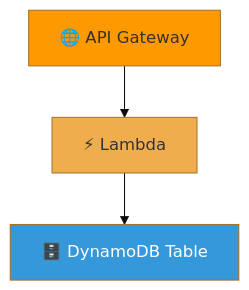
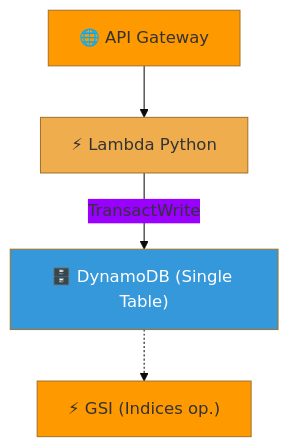
Before and after one commit to vladimiracunadev-create/proyectos-aws: the fourth of 5 diagrams in AWS_CLOUD_JOURNEY.md, drawn with Mermaid. The commit also changed other lines of this file, not shown here.

````diff
--- a/AWS_CLOUD_JOURNEY.md
+++ b/AWS_CLOUD_JOURNEY.md
@@ -95,9 +120,10 @@
 ```mermaid
 %%{init: {'theme': 'base', 'themeVariables': { 'primaryColor': '#FF9900', 'fontsize': '16px' }}}%%
 graph TB
-    APIGW["🌐 API Gateway"] --> Lambda["⚡ Lambda"]
-    Lambda --> DDB["🗄️ DynamoDB Table"]
+    APIGW["🌐 API Gateway"] --> Lambda["⚡ Lambda Python"]
+    Lambda -->|"TransactWrite"| DDB["🗄️ DynamoDB (Single Table)"]
+    DDB -.-> GSI["⚡ GSI (Indices op.)"]
     
     style Lambda fill:#F0AD4E
     style DDB fill:#3498DB,color:#fff
 ```
````
